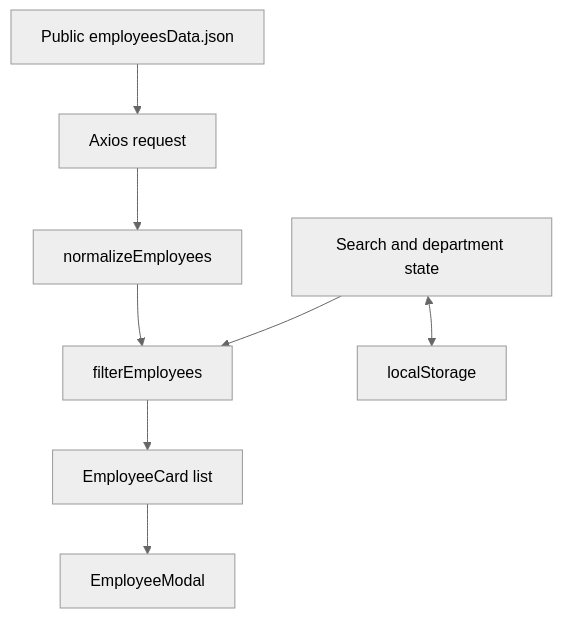
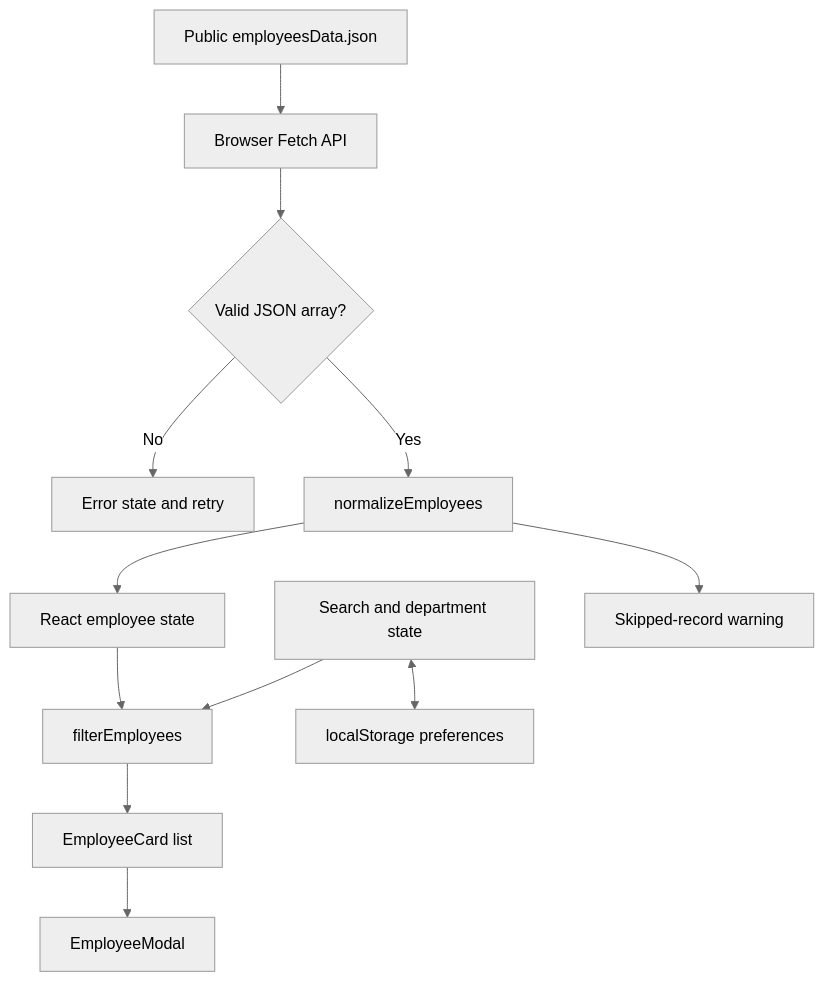
One commit to Brajesh31/codersh_task changed the diagram in docs/solution-overview.md. Above: the diagram before and after it, drawn with Mermaid (neutral theme). The commit also changed other lines of this file, not shown here.

````diff
--- a/docs/solution-overview.md
+++ b/docs/solution-overview.md
@@ -13,10 +17,14 @@
 ```mermaid
 flowchart TD
-  A[Public employeesData.json] --> B[Axios request]
-  B --> C[normalizeEmployees]
-  C --> D[filterEmployees]
-  D --> E[EmployeeCard list]
-  E --> F[EmployeeModal]
-  G[Search and department state] --> D
-  G <--> H[localStorage]
+  A[Public employeesData.json] --> B[Browser Fetch API]
+  B --> C{Valid JSON array?}
+  C -- No --> E[Error state and retry]
+  C -- Yes --> D[normalizeEmployees]
+  D --> F[React employee state]
+  F --> G[filterEmployees]
+  H[Search and department state] --> G
+  H <--> I[localStorage preferences]
+  G --> J[EmployeeCard list]
+  J --> K[EmployeeModal]
+  D --> L[Skipped-record warning]
 ```
````
